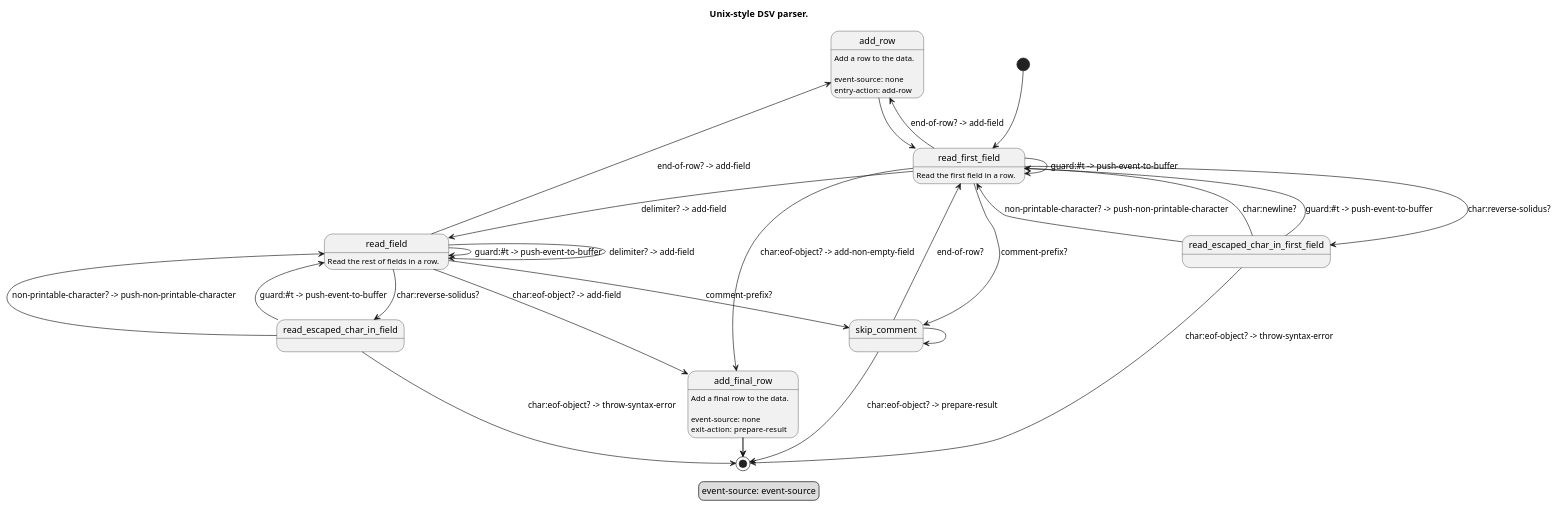
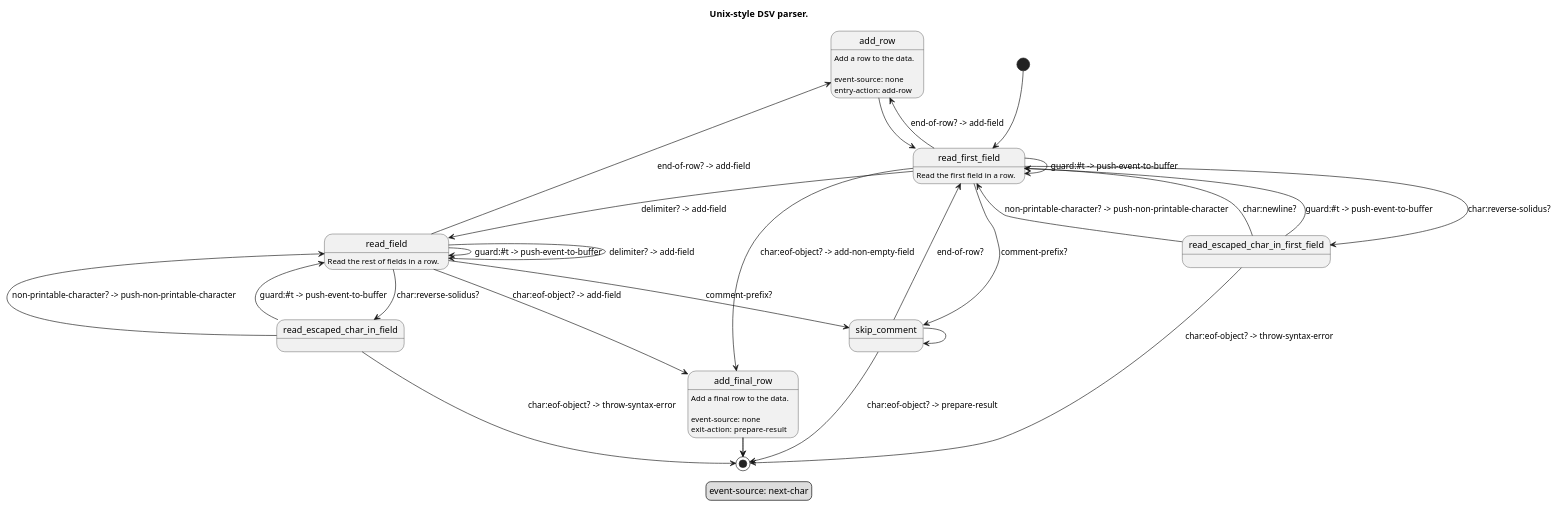
Before and after one commit to artyom-poptsov/guile-dsv: the diagram in modules/dsv/fsm/unix.puml, drawn with PlantUML. The commit also changed 2 other files, not shown here.

Commit message:
dsv/fsm/{unix,rfc4180}.puml: Use "next-char"
* modules/dsv/fsm/rfc4180.puml, modules/dsv/fsm/unix.puml: Use "next-char"
  directly as the event source.
* modules/dsv/fsm/dsv-context.scm (event-source): Remove.

```diff
--- a/modules/dsv/fsm/unix.puml
+++ b/modules/dsv/fsm/unix.puml
@@ -1,70 +1,70 @@
 @startuml
 
 ' Copyright (C) 2023 Artyom V. Poptsov <poptsov.artyom@gmail.com>
 '
 ' This program is free software: you can redistribute it and/or modify
 ' it under the terms of the GNU General Public License as published by
 ' the Free Software Foundation, either version 3 of the License, or
 ' (at your option) any later version.
 '
 ' The program is distributed in the hope that it will be useful,
 ' but WITHOUT ANY WARRANTY; without even the implied warranty of
 ' MERCHANTABILITY or FITNESS FOR A PARTICULAR PURPOSE.  See the
 ' GNU General Public License for more details.
 '
 ' You should have received a copy of the GNU General Public License
 ' along with the program.  If not, see <http://www.gnu.org/licenses/>.
 
 
 title Unix-style DSV parser.
 
 legend
-event-source: event-source
+event-source: next-char
 endlegend
 
 [*] --> read_first_field
 
 read_first_field: Read the first field in a row.
 read_first_field --> add_final_row:                    char:eof-object? -> add-non-empty-field
 read_first_field --> skip_comment:                     comment-prefix?
 read_first_field --> add_row:                          end-of-row? -> add-field
 read_first_field --> read_field:                       delimiter? -> add-field
 read_first_field --> read_escaped_char_in_first_field: char:reverse-solidus?
 read_first_field ->  read_first_field:                 guard:#t -> push-event-to-buffer
 
 add_row: Add a row to the data.
 add_row:
 add_row: event-source: none
 add_row: entry-action: add-row
 add_row -> read_first_field
 
 add_final_row: Add a final row to the data.
 add_final_row:
 add_final_row: event-source: none
 add_final_row: exit-action:  prepare-result
 add_final_row -> [*]: stanza-empty?
 add_final_row -> [*]: guard:#t -> add-row
 
 
 read_field: Read the rest of fields in a row.
 read_field --> add_final_row:              char:eof-object? -> add-field
 read_field --> skip_comment:               comment-prefix?
 read_field --> add_row:                    end-of-row? -> add-field
 read_field --> read_field:                 delimiter? -> add-field
 read_field --> read_escaped_char_in_field: char:reverse-solidus?
 read_field ->  read_field:                 guard:#t -> push-event-to-buffer
 
 skip_comment --> [*]:              char:eof-object? -> prepare-result
 skip_comment --> read_first_field: end-of-row?
 skip_comment -> skip_comment
 
 read_escaped_char_in_first_field --> [*]:              char:eof-object? -> throw-syntax-error
 read_escaped_char_in_first_field --> read_first_field: non-printable-character? -> push-non-printable-character
 read_escaped_char_in_first_field --> read_first_field: char:newline?
 read_escaped_char_in_first_field --> read_first_field: guard:#t -> push-event-to-buffer
 
 read_escaped_char_in_field --> [*]:        char:eof-object? -> throw-syntax-error
 read_escaped_char_in_field --> read_field: non-printable-character? -> push-non-printable-character
 read_escaped_char_in_field --> read_field: guard:#t -> push-event-to-buffer
 
 @enduml
```
